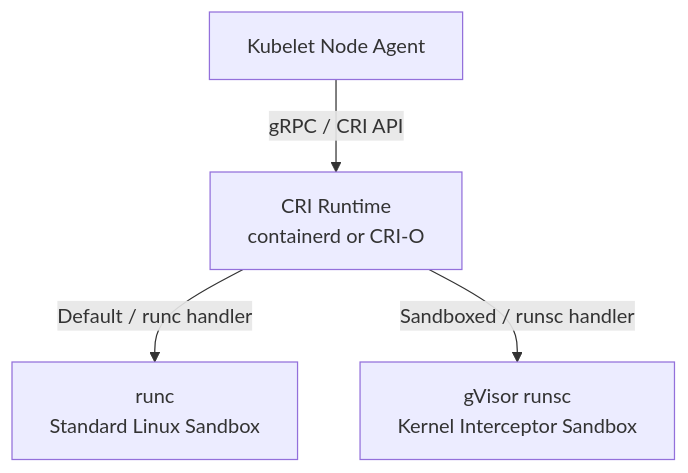
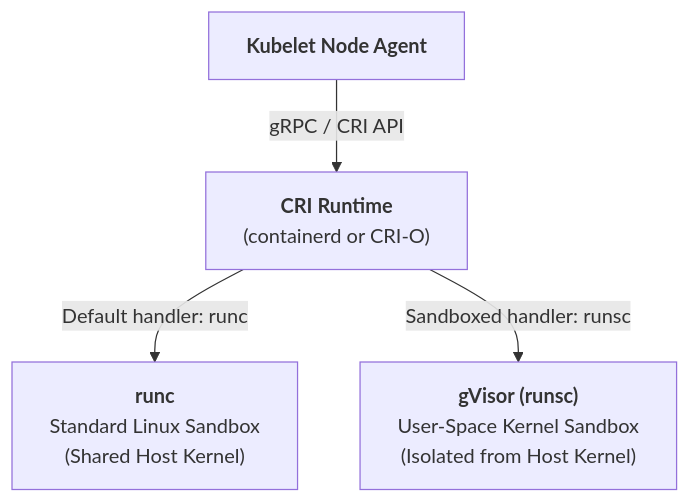
The second of 2 diagrams in section 6/README.md (amlcoftherockies/scaling-the-kubernetes-mountain), drawn with Mermaid before and after one commit. The commit also changed other lines of this file and 4 other files, not shown here.

Commit message:
Fix Mermaid diagram line breaks (<br/> instead of literal \n) and layout across Sections 6-10

````diff
--- a/section 6/README.md
+++ b/section 6/README.md
@@ -361,6 +361,6 @@
 ```mermaid
-graph TD
-    Kubelet[Kubelet Node Agent] -->|gRPC / CRI API| CRI[CRI Runtime <br> containerd or CRI-O]
-    CRI -->|Default / runc handler| runc[runc <br> Standard Linux Sandbox]
-    CRI -->|Sandboxed / runsc handler| runsc[gVisor runsc <br> Kernel Interceptor Sandbox]
+flowchart TD
+    Kubelet["<b>Kubelet Node Agent</b>"] -->|"gRPC / CRI API"| CRI["<b>CRI Runtime</b><br/>(containerd or CRI-O)"]
+    CRI -->|"Default handler: runc"| runc["<b>runc</b><br/>Standard Linux Sandbox<br/>(Shared Host Kernel)"]
+    CRI -->|"Sandboxed handler: runsc"| runsc["<b>gVisor (runsc)</b><br/>User-Space Kernel Sandbox<br/>(Isolated from Host Kernel)"]
 ```
````
